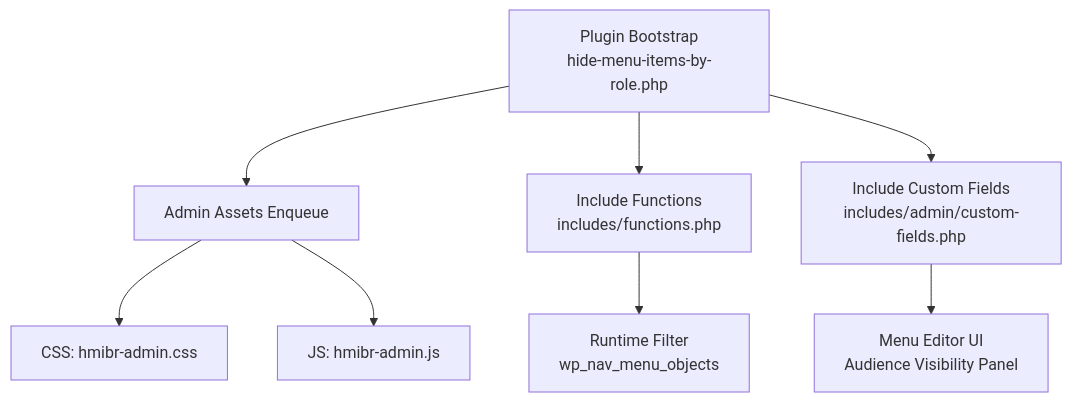
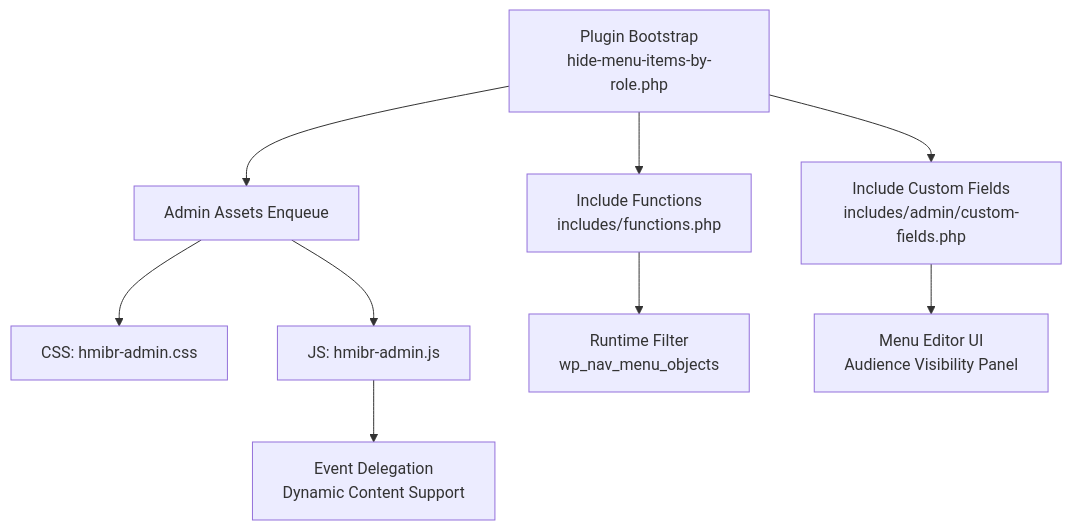
One commit to mahfuzurwp/hide-menu-items-by-role changed the first of 6 diagrams in .qoder/repowiki/en/content/Customization Guide/JavaScript Enhancement.md. Above: the diagram before and after it, drawn with Mermaid. The commit also changed other lines of this file and 20 other files, not shown here.

````diff
--- a/.qoder/repowiki/en/content/Customization Guide/JavaScript Enhancement.md
+++ b/.qoder/repowiki/en/content/Customization Guide/JavaScript Enhancement.md
@@ -40,10 +50,11 @@
 ```mermaid
 graph TB
 A["Plugin Bootstrap<br/>hide-menu-items-by-role.php"] --> B["Admin Assets Enqueue"]
 B --> C["CSS: hmibr-admin.css"]
 B --> D["JS: hmibr-admin.js"]
 A --> E["Include Functions<br/>includes/functions.php"]
 A --> F["Include Custom Fields<br/>includes/admin/custom-fields.php"]
 E --> G["Runtime Filter<br/>wp_nav_menu_objects"]
 F --> H["Menu Editor UI<br/>Audience Visibility Panel"]
+D --> I["Event Delegation<br/>Dynamic Content Support"]
 ```
````
